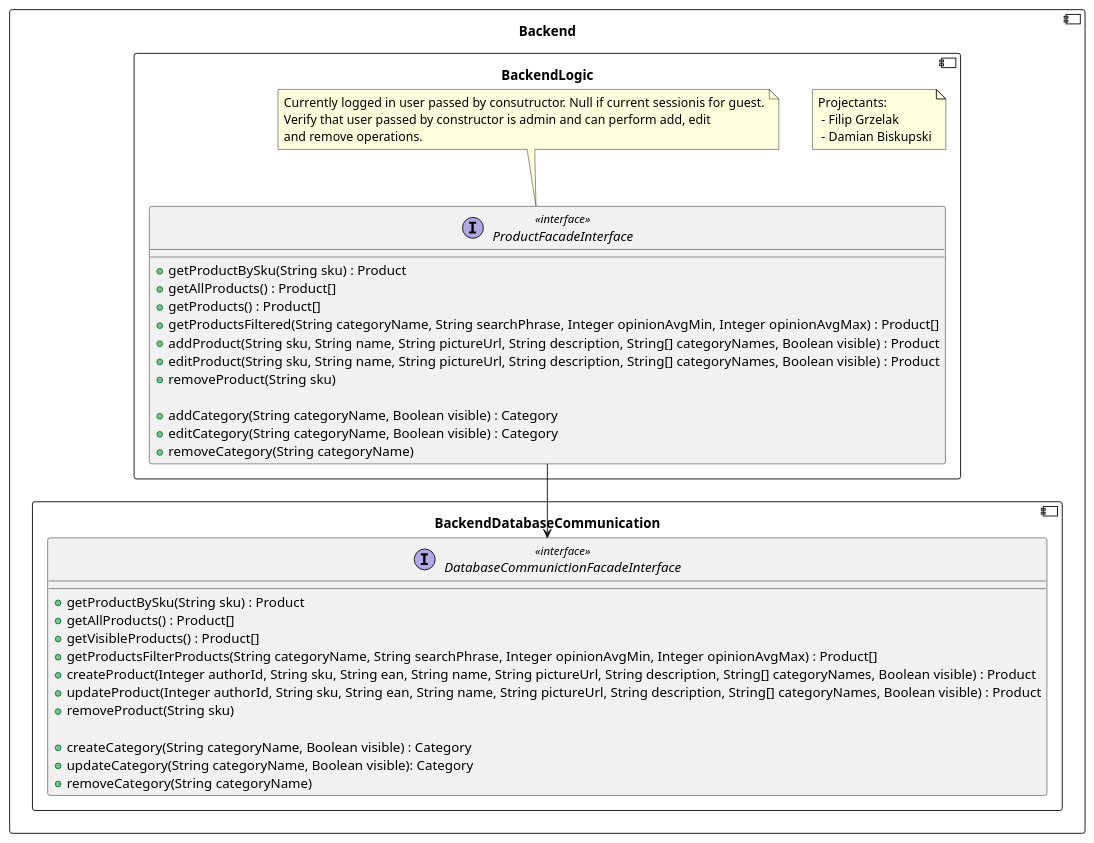
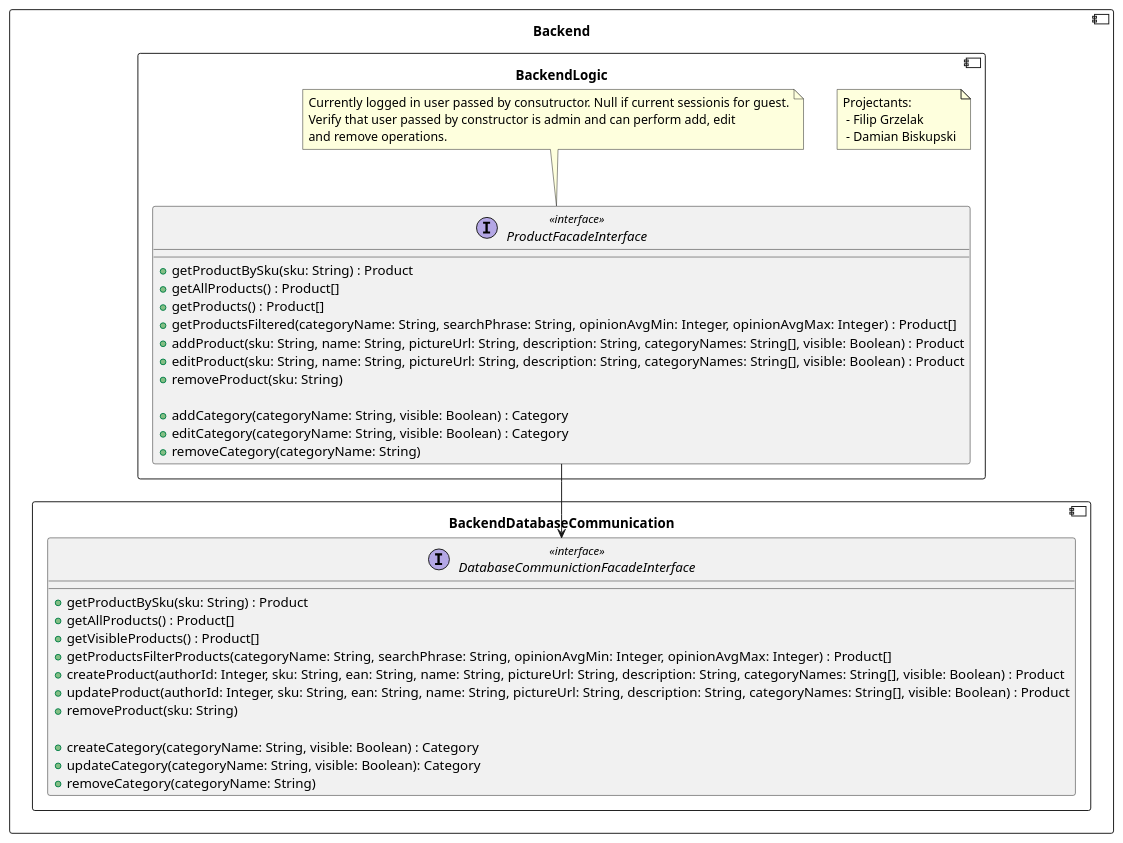
Before and after one commit to RadekBucki/OpinionCollectorArchitecture: the third of 5 diagrams in backend/BackendLogic.md, drawn with PlantUML. The commit also changed other lines of this file and 1 other file, not shown here.

````diff
--- a/backend/BackendLogic.md
+++ b/backend/BackendLogic.md
@@ -82,50 +82,50 @@
 ```plantuml
 @startuml
 component Backend {
     component BackendDatabaseCommunication {
         interface DatabaseCommunictionFacadeInterface <<interface>> {
-            + getProductBySku(String sku) : Product
+            + getProductBySku(sku: String) : Product
             + getAllProducts() : Product[]
             + getVisibleProducts() : Product[]
-            + getProductsFilterProducts(String categoryName, String searchPhrase, Integer opinionAvgMin, Integer opinionAvgMax) : Product[]
-            + createProduct(Integer authorId, String sku, String ean, String name, String pictureUrl, String description, String[] categoryNames, Boolean visible) : Product
-            + updateProduct(Integer authorId, String sku, String ean, String name, String pictureUrl, String description, String[] categoryNames, Boolean visible) : Product
-            + removeProduct(String sku)
+            + getProductsFilterProducts(categoryName: String, searchPhrase: String, opinionAvgMin: Integer, opinionAvgMax: Integer) : Product[]
+            + createProduct(authorId: Integer, sku: String, ean: String, name: String, pictureUrl: String, description: String, categoryNames: String[], visible: Boolean) : Product
+            + updateProduct(authorId: Integer, sku: String, ean: String, name: String, pictureUrl: String, description: String, categoryNames: String[], visible: Boolean) : Product
+            + removeProduct(sku: String)
 
-            + createCategory(String categoryName, Boolean visible) : Category
-            + updateCategory(String categoryName, Boolean visible): Category
-            + removeCategory(String categoryName)
+            + createCategory(categoryName: String, visible: Boolean) : Category
+            + updateCategory(categoryName: String, visible: Boolean): Category
+            + removeCategory(categoryName: String)
         }
     }
     
     component BackendLogic {
         note as Authors
             Projectants: 
              - Filip Grzelak
              - Damian Biskupski
         endnote
         
         ProductFacadeInterface  --> DatabaseCommunictionFacadeInterface
         interface ProductFacadeInterface <<interface>> {
-            + getProductBySku(String sku) : Product
+            + getProductBySku(sku: String) : Product
             + getAllProducts() : Product[]
             + getProducts() : Product[]
-            + getProductsFiltered(String categoryName, String searchPhrase, Integer opinionAvgMin, Integer opinionAvgMax) : Product[]
-            + addProduct(String sku, String name, String pictureUrl, String description, String[] categoryNames, Boolean visible) : Product
-            + editProduct(String sku, String name, String pictureUrl, String description, String[] categoryNames, Boolean visible) : Product
-            + removeProduct(String sku)
+            + getProductsFiltered(categoryName: String, searchPhrase: String, opinionAvgMin: Integer, opinionAvgMax: Integer) : Product[]
+            + addProduct(sku: String, name: String, pictureUrl: String, description: String, categoryNames: String[], visible: Boolean) : Product
+            + editProduct(sku: String, name: String, pictureUrl: String, description: String, categoryNames: String[], visible: Boolean) : Product
+            + removeProduct(sku: String)
             
-            + addCategory(String categoryName, Boolean visible) : Category
-            + editCategory(String categoryName, Boolean visible) : Category
-            + removeCategory(String categoryName)
+            + addCategory(categoryName: String, visible: Boolean) : Category
+            + editCategory(categoryName: String, visible: Boolean) : Category
+            + removeCategory(categoryName: String)
         }
     
         note top of ProductFacadeInterface
             Currently logged in user passed by consutructor. Null if current sessionis for guest.
             Verify that user passed by constructor is admin and can perform add, edit
             and remove operations.
         endnote
     }
 }
 @enduml 
 ```
````
